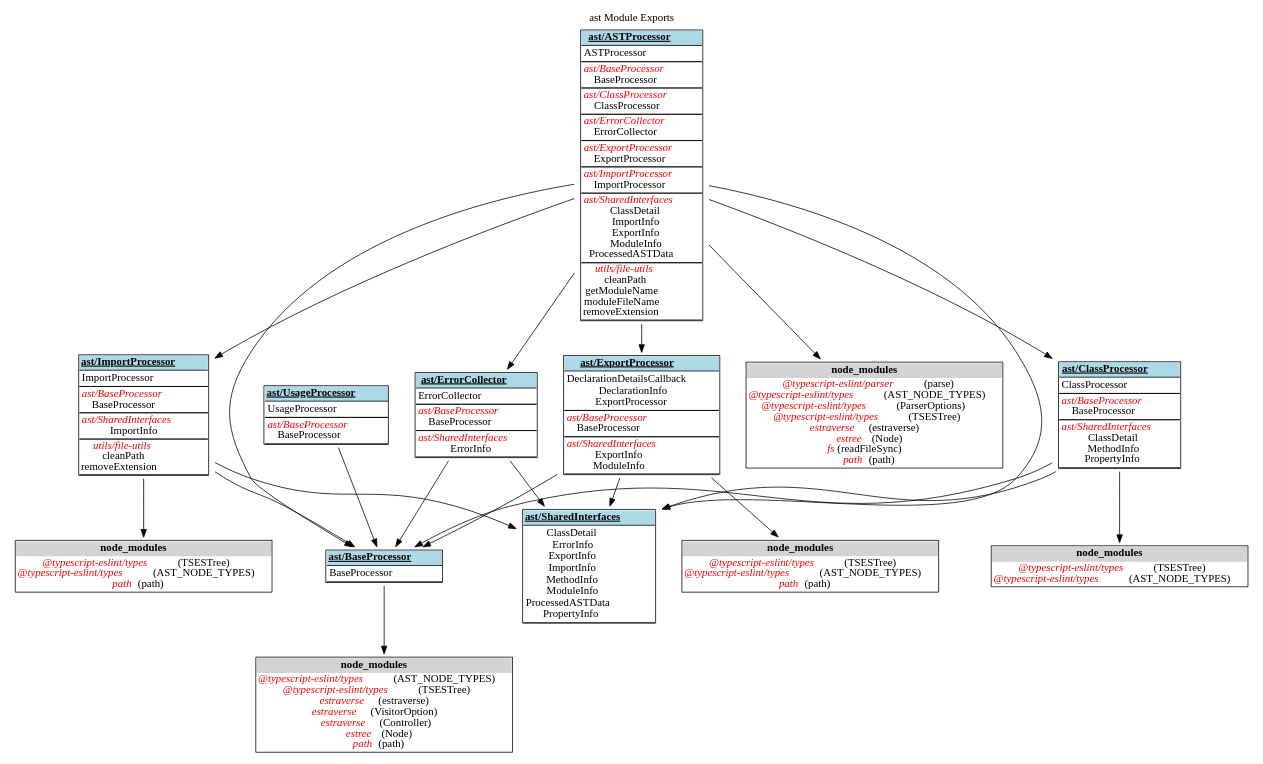
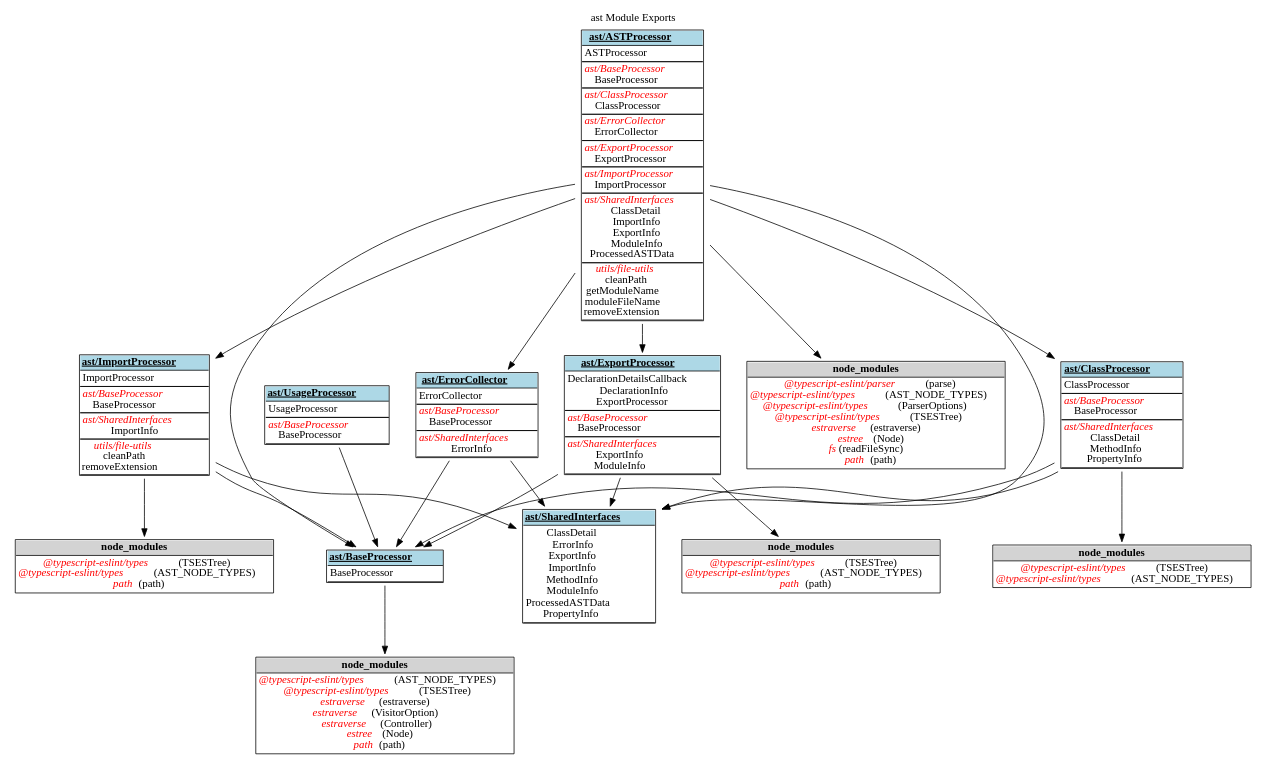
One commit to fleebe/GitHubPages changed the diagram in dep-graph-ts/ast_ExportGraph.dot. Above: the diagram before and after it, drawn with Graphviz. The commit also changed 17 other files, not shown here.

Commit message:
Update docs for dep-graph-ts from fleebe/dep-graph-ts workflow

```diff
--- a/dep-graph-ts/ast_ExportGraph.dot
+++ b/dep-graph-ts/ast_ExportGraph.dot
@@ -43,7 +43,7 @@
 </TABLE>>];
 "ast/ASTProcessor-node_modules" [shape=none, label=<<TABLE cellspacing="0" cellborder="0" align="left">
 <TR><TD bgcolor="lightgrey" align="center"><B>node_modules</B></TD></TR>
-<TR><TD align="left">
+<TR><TD BORDER="1" SIDES="T" align="left">
 <font color="red"><I>@typescript-eslint/parser</I></font> (parse)<BR/>
 <font color="red"><I>@typescript-eslint/types</I></font> (AST_NODE_TYPES)<BR/>
 <font color="red"><I>@typescript-eslint/types</I></font> (ParserOptions)<BR/>
@@ -63,7 +63,7 @@
 </TABLE>>];
 "ast/BaseProcessor-node_modules" [shape=none, label=<<TABLE cellspacing="0" cellborder="0" align="left">
 <TR><TD bgcolor="lightgrey" align="center"><B>node_modules</B></TD></TR>
-<TR><TD align="left">
+<TR><TD BORDER="1" SIDES="T" align="left">
 <font color="red"><I>@typescript-eslint/types</I></font> (AST_NODE_TYPES)<BR/>
 <font color="red"><I>@typescript-eslint/types</I></font> (TSESTree)<BR/>
 <font color="red"><I>estraverse</I></font> (estraverse)<BR/>
@@ -92,7 +92,7 @@
 </TABLE>>];
 "ast/ClassProcessor-node_modules" [shape=none, label=<<TABLE cellspacing="0" cellborder="0" align="left">
 <TR><TD bgcolor="lightgrey" align="center"><B>node_modules</B></TD></TR>
-<TR><TD align="left">
+<TR><TD BORDER="1" SIDES="T" align="left">
 <font color="red"><I>@typescript-eslint/types</I></font> (TSESTree)<BR/>
 <font color="red"><I>@typescript-eslint/types</I></font> (AST_NODE_TYPES)<BR/>
 </TD></TR>
@@ -131,7 +131,7 @@
 </TABLE>>];
 "ast/ExportProcessor-node_modules" [shape=none, label=<<TABLE cellspacing="0" cellborder="0" align="left">
 <TR><TD bgcolor="lightgrey" align="center"><B>node_modules</B></TD></TR>
-<TR><TD align="left">
+<TR><TD BORDER="1" SIDES="T" align="left">
 <font color="red"><I>@typescript-eslint/types</I></font> (TSESTree)<BR/>
 <font color="red"><I>@typescript-eslint/types</I></font> (AST_NODE_TYPES)<BR/>
 <font color="red"><I>path</I></font> (path)<BR/>
@@ -159,7 +159,7 @@
 </TABLE>>];
 "ast/ImportProcessor-node_modules" [shape=none, label=<<TABLE cellspacing="0" cellborder="0" align="left">
 <TR><TD bgcolor="lightgrey" align="center"><B>node_modules</B></TD></TR>
-<TR><TD align="left">
+<TR><TD BORDER="1" SIDES="T" align="left">
 <font color="red"><I>@typescript-eslint/types</I></font> (TSESTree)<BR/>
 <font color="red"><I>@typescript-eslint/types</I></font> (AST_NODE_TYPES)<BR/>
 <font color="red"><I>path</I></font> (path)<BR/>
```
